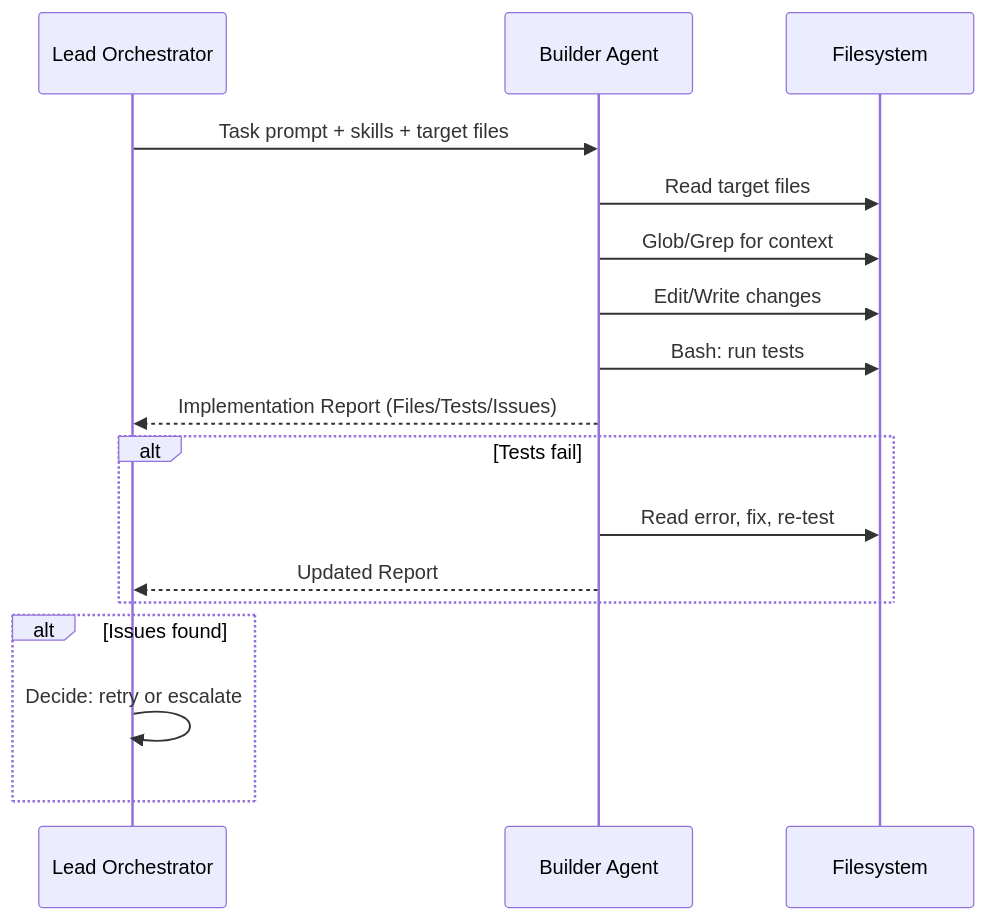
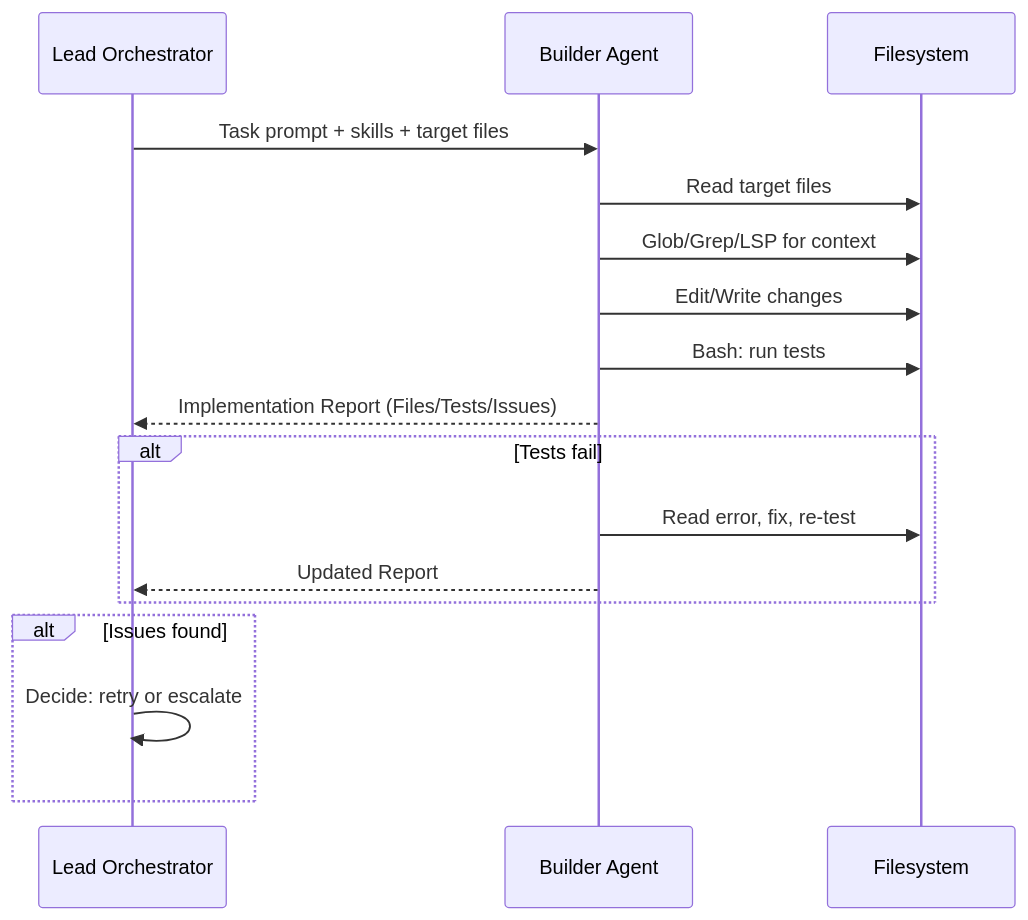
Before and after one commit to MaciWP/claude-code-poneglyph: the second of 2 diagrams in .claude/agents/builder.md, drawn with Mermaid. The commit also changed other lines of this file and 225 other files, not shown here.

````diff
--- a/.claude/agents/builder.md
+++ b/.claude/agents/builder.md
@@ -311,22 +351,22 @@
 ```mermaid
 sequenceDiagram
     participant L as Lead Orchestrator
     participant B as Builder Agent
     participant F as Filesystem
 
     L->>B: Task prompt + skills + target files
     B->>F: Read target files
-    B->>F: Glob/Grep for context
+    B->>F: Glob/Grep/LSP for context
     B->>F: Edit/Write changes
     B->>F: Bash: run tests
     B-->>L: Implementation Report (Files/Tests/Issues)
 
     alt Tests fail
         B->>F: Read error, fix, re-test
         B-->>L: Updated Report
     end
 
     alt Issues found
         L->>L: Decide: retry or escalate
     end
 ```
````
